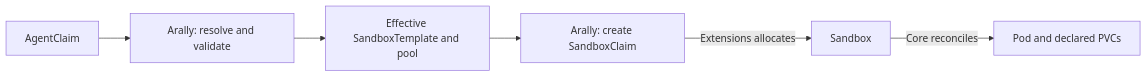
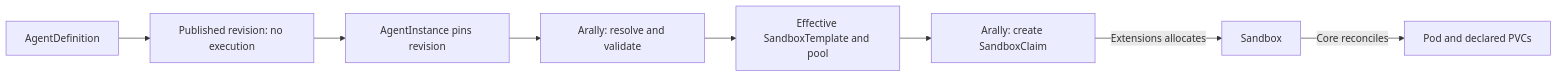
One commit to chizhang21/agentrally-operator changed the second of 3 diagrams in docs/architecture.md. Above: the diagram before and after it, drawn with Mermaid. The commit also changed other lines of this file and 209 other files, not shown here.

````diff
--- a/docs/architecture.md
+++ b/docs/architecture.md
@@ -41,8 +42,10 @@
 ```mermaid
 flowchart LR
-    AC["AgentClaim"] --> R["Arally: resolve and validate"]
+    D["AgentDefinition"] --> V["Published revision: no execution"]
+    V --> AC["AgentInstance pins revision"]
+    AC --> R["Arally: resolve and validate"]
     R --> P["Effective SandboxTemplate and pool"]
     P --> CL["Arally: create SandboxClaim"]
     CL -->|"Extensions allocates"| S["Sandbox"]
     S -->|"Core reconciles"| X["Pod and declared PVCs"]
 ```
````
